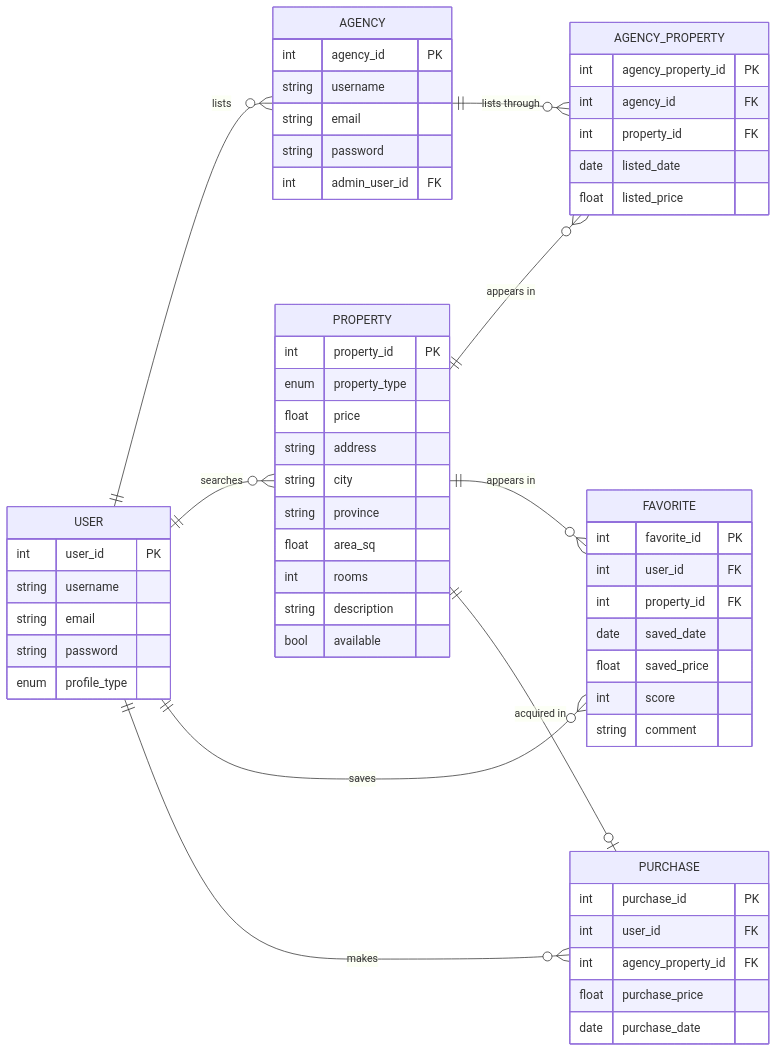
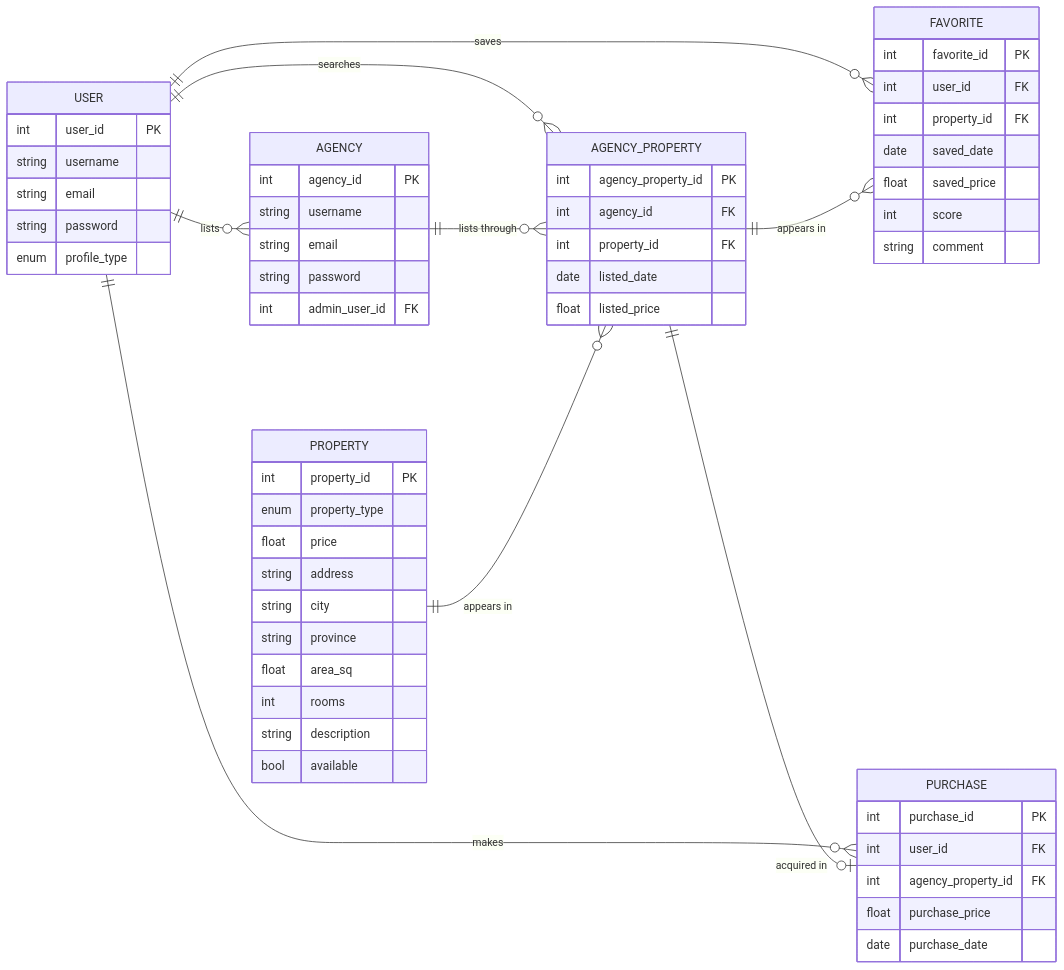
One commit to 2026c1-pdes-grupo4/.github changed the diagram in DER.mmd. Above: the diagram before and after it, drawn with Mermaid.

Commit message:
relations to AGENCY_PROPERTY

```diff
--- a/DER.mmd
+++ b/DER.mmd
@@ -1,65 +1,65 @@
 erDiagram
 	direction LR
 	USER {
 		int user_id PK
 		string username
 		string email
 		string password
 		enum profile_type
 	}
 
 	AGENCY {
 		int agency_id PK
 		string username
 		string email
         string password
 		int admin_user_id FK
 	}
 
 	PROPERTY {
 		int property_id PK
 		enum property_type
 		float price
 		string address
 		string city
 		string province
 		float area_sq
 		int rooms
 		string description
 		bool available
 	}
 
 	AGENCY_PROPERTY {
         int agency_property_id PK
         int agency_id FK
         int property_id FK
         date listed_date
         float listed_price
     }
 
 	FAVORITE {
 		int favorite_id PK
 		int user_id FK
 		int property_id FK
 		date saved_date
 		float saved_price
 		int score
 		string comment
 	}
 
 	PURCHASE {
 		int purchase_id PK
 		int user_id FK
 		int agency_property_id FK
 		float purchase_price
 		date purchase_date
 	}
 
 	USER||--o{AGENCY:"lists"
-    USER||--o{PROPERTY:"searches"
+    USER||--o{AGENCY_PROPERTY:"searches"
 	USER||--o{FAVORITE:"saves"
 	USER||--o{PURCHASE:"makes"
     AGENCY||--o{AGENCY_PROPERTY:"lists through"
     PROPERTY||--o{AGENCY_PROPERTY:"appears in"
-	PROPERTY||--o{FAVORITE:"appears in"
-	PROPERTY||--o|PURCHASE:"acquired in"
+	AGENCY_PROPERTY||--o{FAVORITE:"appears in"
+	AGENCY_PROPERTY||--o|PURCHASE:"acquired in"
```
